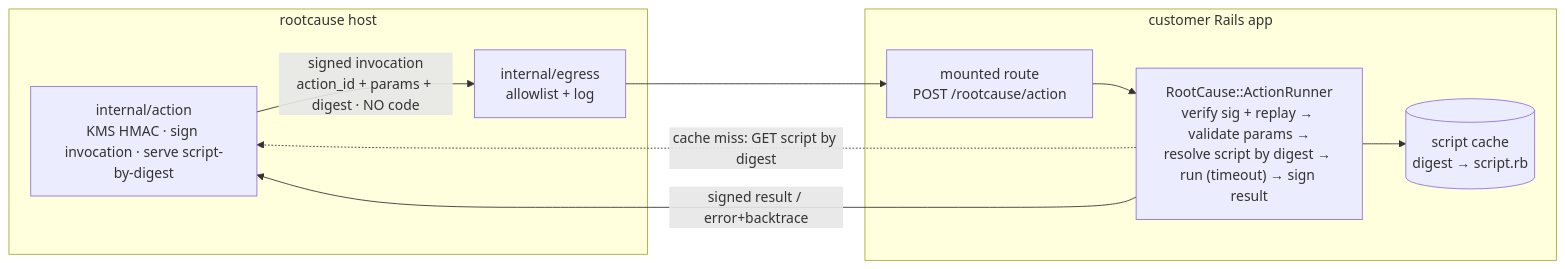
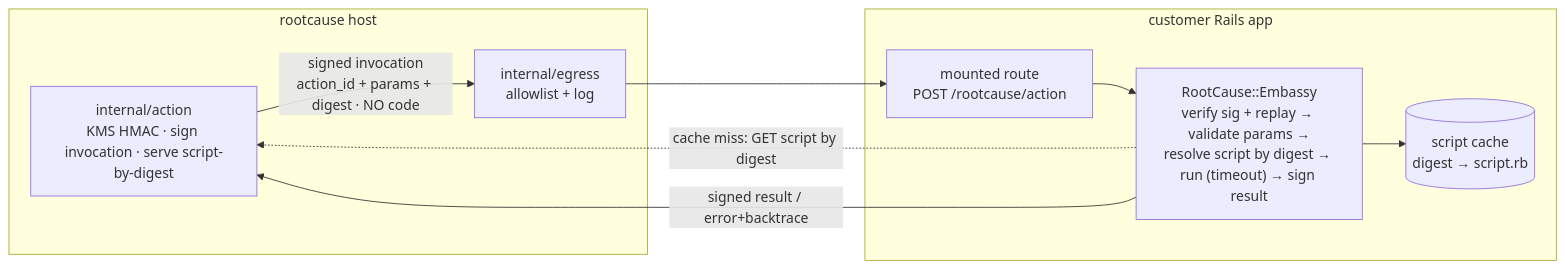
One commit to rootcause-org/rootcause-embassy-ruby changed the diagram in SPEC.md. Above: the diagram before and after it, drawn with Mermaid. The commit also changed other lines of this file and 37 other files, not shown here.

First line of the commit message:
refactor!: rename rootcause-action-runner gem to rootcause-embassy

````diff
--- a/SPEC.md
+++ b/SPEC.md
@@ -39,17 +44,17 @@
 ```mermaid
 flowchart LR
     subgraph rc["rootcause host"]
         signer[internal/action<br/>KMS HMAC · sign invocation · serve script-by-digest]
         egress[internal/egress<br/>allowlist + log]
     end
     subgraph cust["customer Rails app"]
         route[mounted route<br/>POST /rootcause/action]
-        runner["RootCause::ActionRunner<br/>verify sig + replay → validate params →<br/>resolve script by digest → run (timeout) → sign result"]
+        runner["RootCause::Embassy<br/>verify sig + replay → validate params →<br/>resolve script by digest → run (timeout) → sign result"]
         cache[(script cache<br/>digest → script.rb)]
     end
     signer -->|signed invocation<br/>action_id + params + digest · NO code| egress
     egress --> route --> runner
     runner -. cache miss: GET script by digest .-> signer
     runner --> cache
     runner -->|signed result / error+backtrace| signer
 ```
````
